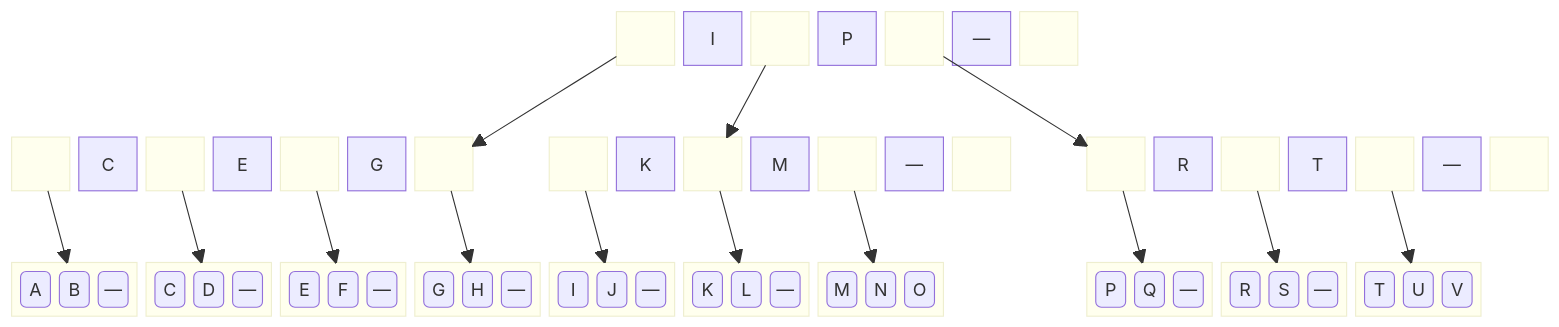
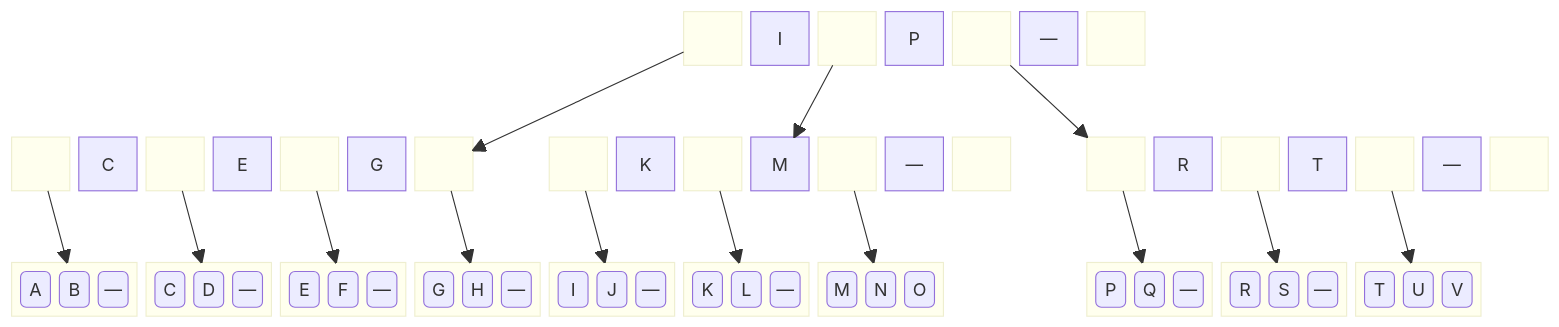
The ninth of 9 diagrams in Assuntos/busca-ext.md (BenhurUFSM/pod26b), drawn with Mermaid before and after one commit.

````diff
--- a/Assuntos/busca-ext.md
+++ b/Assuntos/busca-ext.md
@@ -169,42 +169,42 @@
 ```mermaid
 block
   columns 23
-  space:9
+  space:10
   block:rl1 space end ra["I"] block:rl2 space end rb["P"] block:rl3 space end rc["—"] block:rl4 space end
-  space:7
+  space:6
   space:23
 
   block:i1l1 space end i1a["C"] block:i1l2 space end i1b["E"] block:i1l3 space end i1c["G"] block:i1l4 space end
   space
   block:i2l1 space end i2a["K"] block:i2l2 space end i2b["M"] block:i2l3 space end i2c["—"] block:i2l4 space end
   space
   block:i3l1 space end i3a["R"] block:i3l2 space end i3b["T"] block:i3l3 space end i3c["—"] block:i3l4 space end
   space:23
 
   block:f1:2 f1a("A") f1b("B") f1c("—") end
   block:f7:2 f7a("C") f7b("D") f7c("—") end
   block:f5:2 f5a("E") f5b("F") f5c("—") end
   block:f3:2 f3a("G") f3b("H") f3c("—") end
   block:f6:2 f6a("I") f6b("J") f6c("—") end
   block:f4:2 f4a("K") f4b("L") f4c("—") end
   block:f8:2 f8a("M") f8b("N") f8c("O") end
   space:2
   block:f2:2 f2a("P") f2b("Q") f2c("—") end
   block:fa:2 faa("R") fab("S") fac("—") end
   block:f9:2 f9a("T") f9b("U") f9c("V") end
   space:1
 
   rl1-->i1l4
-  rl2-->i2l2
+  rl2-->i2b
   rl3-->i3l1
   i1l1-->f1
   i1l2-->f7
   i1l3-->f5
   i1l4-->f3
   i2l1-->f6
   i2l2-->f4
   i2l3-->f8
   i3l1-->f2
   i3l2-->fa
   i3l3-->f9
 ```
````
